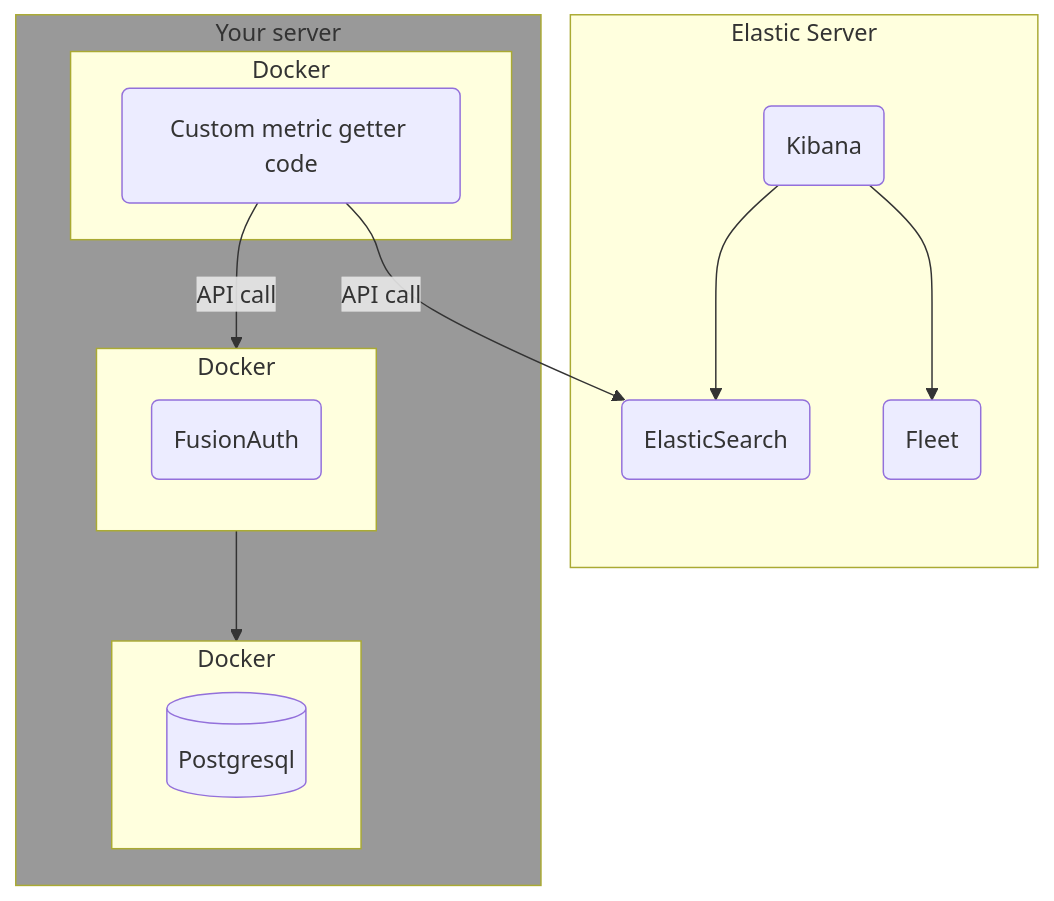
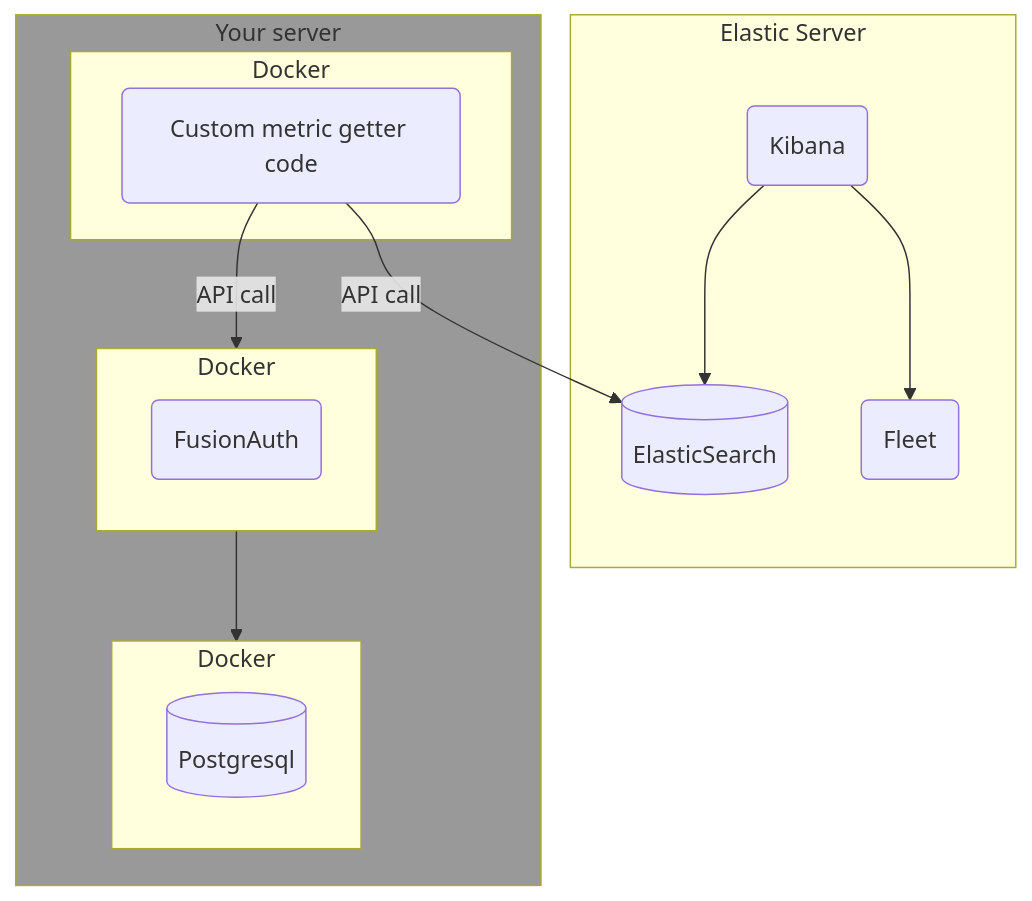
The fifth of 6 diagrams in astro/src/content/docs/operate/secure-and-monitor/elastic.mdx (FusionAuth/fusionauth-site), drawn with Mermaid before and after one commit. The commit also changed other lines of this file and 2 other files, not shown here.

````diff
--- a/astro/src/content/docs/operate/secure-and-monitor/elastic.mdx
+++ b/astro/src/content/docs/operate/secure-and-monitor/elastic.mdx
@@ -379,22 +380,22 @@
 ```mermaid
 graph TD
   subgraph Z[Elastic Server]
-    X(Kibana) --> W(ElasticSearch)
+    X(Kibana) --> W[(ElasticSearch)]
     X --> Y(Fleet)
   end
   subgraph I[Your server]
     subgraph G[Docker]
       H[(Postgresql)]
     end
     subgraph C[Docker]
       A(FusionAuth)
     end
     subgraph E[Docker]
       B(Custom metric getter code)
     end
   end
   C --> G
   B -- API call --> C
   B -- API call --> W
   style I fill:#999
 ```
````
